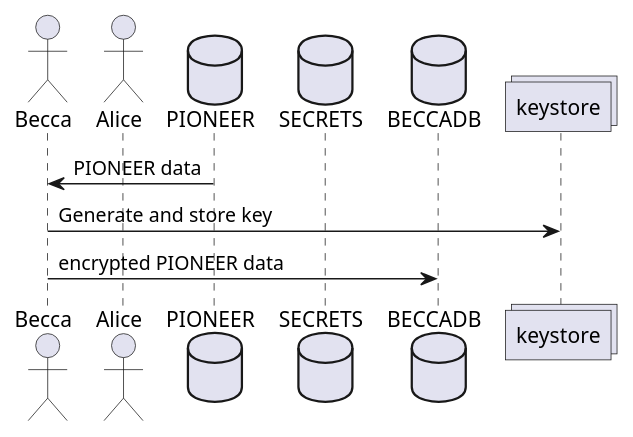
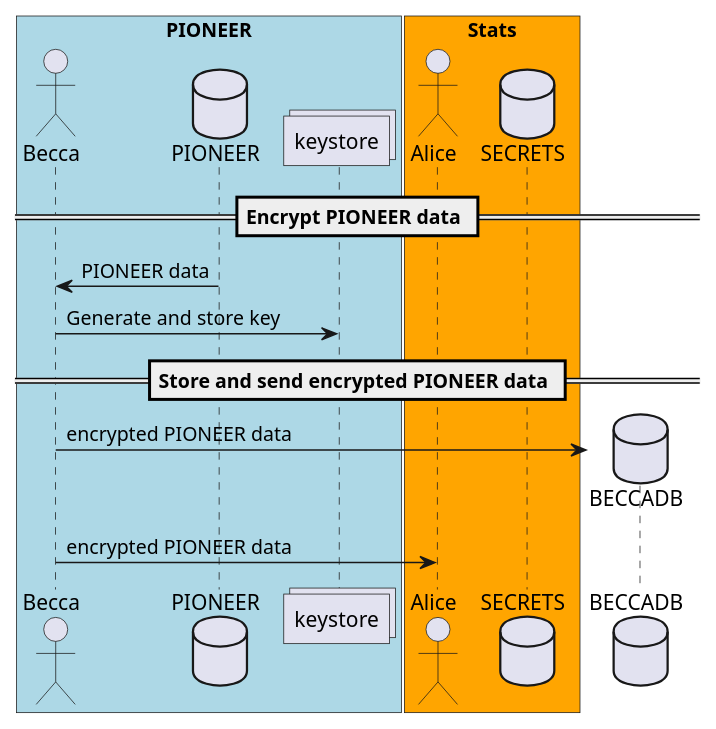
One commit to hearmymessage/plantuml-sandbox changed the diagram in sequence.puml. Above: the diagram before and after it, drawn with PlantUML.

Commit message:
playing with boxes etc

```diff
--- a/sequence.puml
+++ b/sequence.puml
@@ -1,19 +1,26 @@
 @startuml
 
+box "PIONEER" #LightBlue
 actor Becca
+database PIONEER
+collections keystore
+end box
+
+box "Stats" #Orange
 actor Alice
+database SECRETS
+end box
 
-database PIONEER
-database SECRETS
-database BECCADB
-
-collections keystore
+== Encrypt PIONEER data ==
 
 PIONEER -> Becca: PIONEER data
 Becca -> keystore: Generate and store key
+
+== Store and send encrypted PIONEER data ==
+
+create database BECCADB
 Becca -> BECCADB: encrypted PIONEER data
-
-
+Becca -> Alice: encrypted PIONEER data
 
 
 @enduml
```
